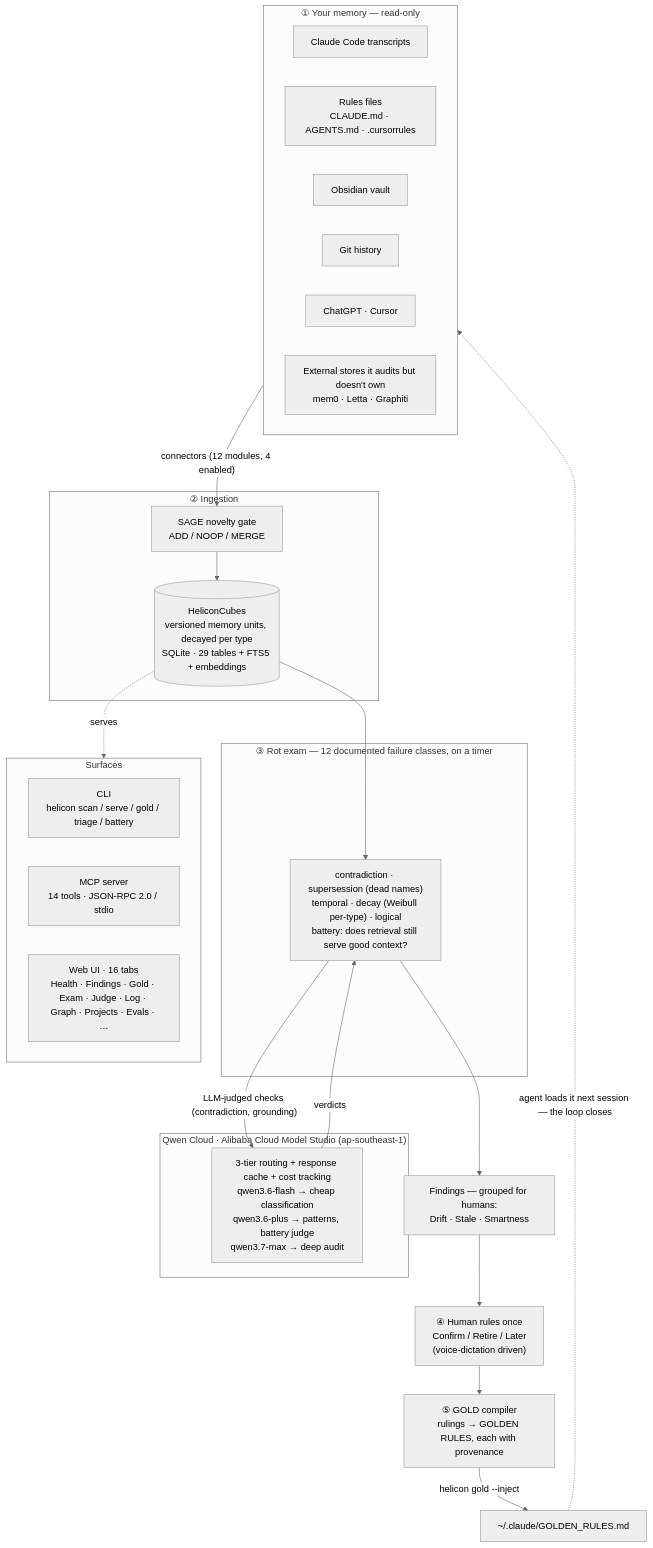
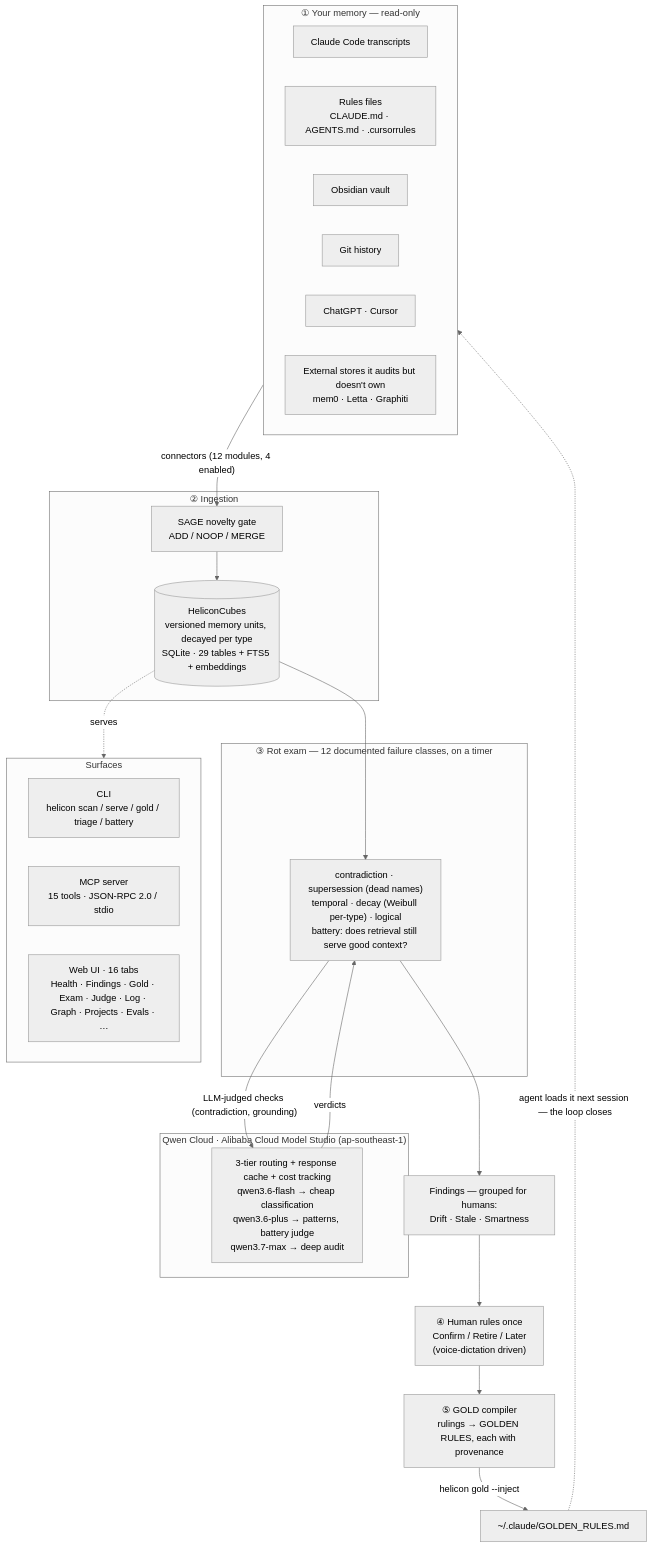
One commit to Morkeeth/mountain-of-helicon changed the first of 2 diagrams in ARCHITECTURE.md. Above: the diagram before and after it, drawn with Mermaid (neutral theme). The commit also changed 8 other files, not shown here.

````diff
--- a/ARCHITECTURE.md
+++ b/ARCHITECTURE.md
@@ -11,45 +11,45 @@
 ```mermaid
 flowchart TD
   subgraph SRC["① Your memory — read-only"]
     A1["Claude Code transcripts"]
     A2["Rules files<br/>CLAUDE.md · AGENTS.md · .cursorrules"]
     A3["Obsidian vault"]
     A4["Git history"]
     A5["ChatGPT · Cursor"]
     A6["External stores it audits but doesn't own<br/>mem0 · Letta · Graphiti"]
   end
 
   SRC -->|"connectors (12 modules, 4 enabled)"| GATE
 
   subgraph INGEST["② Ingestion"]
     GATE["SAGE novelty gate<br/>ADD / NOOP / MERGE"]
     CUBES[("HeliconCubes<br/>versioned memory units, decayed per type<br/>SQLite · 29 tables + FTS5 + embeddings")]
     GATE --> CUBES
   end
 
   CUBES --> EXAM
 
   subgraph AUDIT["③ Rot exam — 12 documented failure classes, on a timer"]
     EXAM["contradiction · supersession (dead names)<br/>temporal · decay (Weibull per-type) · logical<br/>battery: does retrieval still serve good context?"]
   end
 
   EXAM -->|"LLM-judged checks (contradiction, grounding)"| QWEN
   QWEN -->|verdicts| EXAM
 
   subgraph QWENC["Qwen Cloud · Alibaba Cloud Model Studio (ap-southeast-1)"]
     QWEN["3-tier routing + response cache + cost tracking<br/>qwen3.6-flash → cheap classification<br/>qwen3.6-plus → patterns, battery judge<br/>qwen3.7-max → deep audit"]
   end
 
   EXAM --> FIND["Findings — grouped for humans:<br/>Drift · Stale · Smartness"]
   FIND --> HUMAN["④ Human rules once<br/>Confirm / Retire / Later<br/>(voice-dictation driven)"]
   HUMAN --> GOLD["⑤ GOLD compiler<br/>rulings → GOLDEN RULES, each with provenance"]
   GOLD -->|"helicon gold --inject"| INJECT["~/.claude/GOLDEN_RULES.md"]
   INJECT -.->|"agent loads it next session — the loop closes"| SRC
 
   CUBES -.serves.-> SURF
   subgraph SURF["Surfaces"]
     CLI["CLI<br/>helicon scan / serve / gold / triage / battery"]
-    MCP["MCP server<br/>14 tools · JSON-RPC 2.0 / stdio"]
+    MCP["MCP server<br/>15 tools · JSON-RPC 2.0 / stdio"]
     WEB["Web UI · 16 tabs<br/>Health · Findings · Gold · Exam · Judge · Log · Graph · Projects · Evals · …"]
   end
 ```
````
